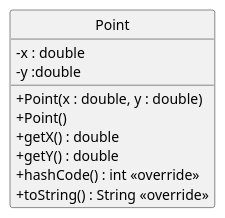
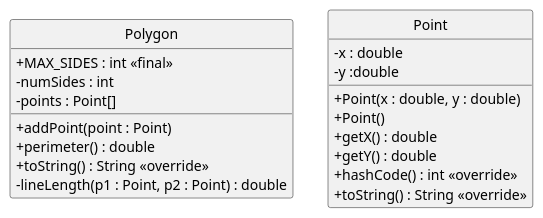
The diagram in P04/full_credit/Polygon.puml (matinashresthaaa/MavTutor), drawn with PlantUML before and after one commit.

Commit message:
polygon uml

```diff
--- a/P04/full_credit/Polygon.puml
+++ b/P04/full_credit/Polygon.puml
@@ -1,17 +1,28 @@
 @startuml
 set separator none
 skinparam classAttributeIconSize 0
 hide circle
+
+class Polygon{
+    +MAX_SIDES : int <<final>>
+    -numSides : int
+    -points : Point[]
+    +addPoint(point : Point)
+    +perimeter() : double
+    +toString() : String <<override>>
+    -lineLength(p1 : Point, p2 : Point) : double
+}
 
 class Point{
     -x : double
     -y :double
     +Point(x : double, y : double)
     +Point()
     +getX() : double
     +getY() : double
     +hashCode() : int <<override>>
     +toString() : String <<override>>
 }
 
+
 @enduml
```
